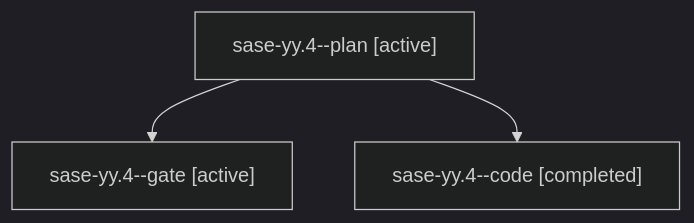
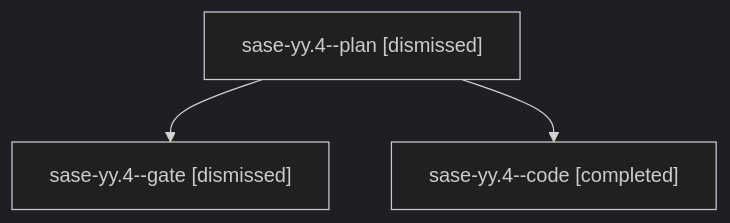
The diagram in sessions/bbugyi200.athena.sase-yy.4.md (sase-org/sase--agents), drawn with Mermaid (dark theme) before and after one commit. The commit also changed other lines of this file and 208 other files, not shown here.

````diff
--- a/sessions/bbugyi200.athena.sase-yy.4.md
+++ b/sessions/bbugyi200.athena.sase-yy.4.md
@@ -9,8 +9,8 @@
 ```mermaid
 flowchart TD
-  n0["sase-yy.4--plan [active]"]
-  n1["sase-yy.4--gate [active]"]
+  n0["sase-yy.4--plan [dismissed]"]
+  n1["sase-yy.4--gate [dismissed]"]
   n0 --> n1
   n2["sase-yy.4--code [completed]"]
   n0 --> n2
 ```
````
